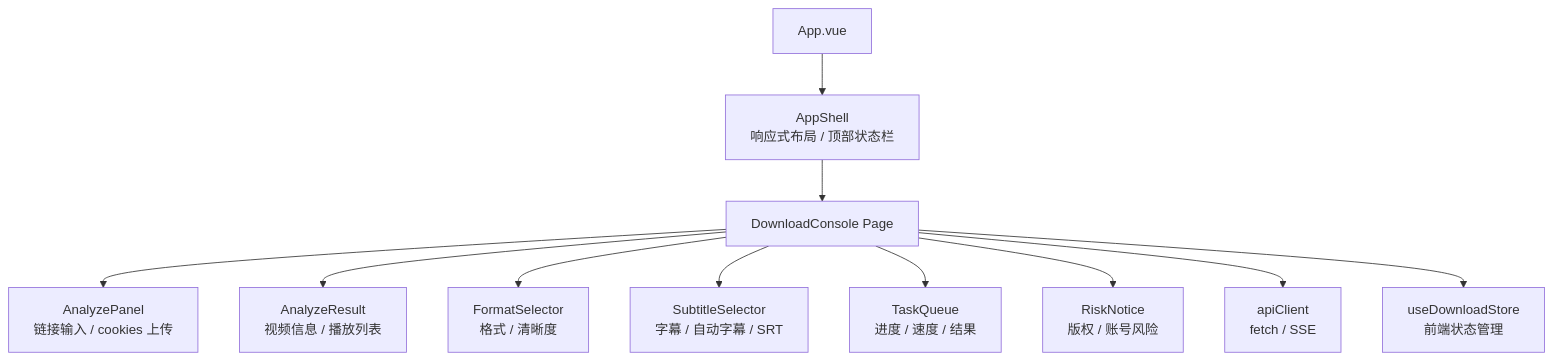
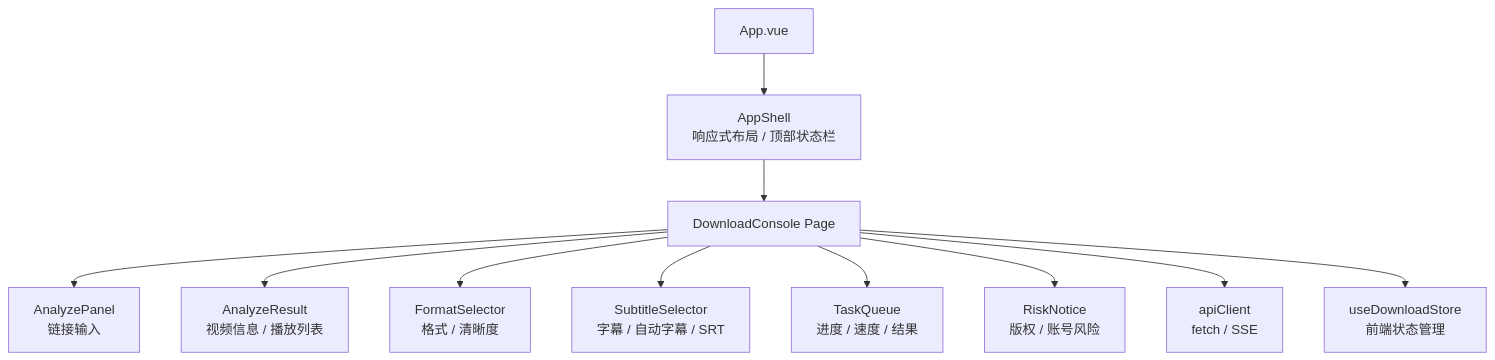
One commit to Suxingyu111/free-video-downloader changed the diagram in docs/diagrams/frontend-modules.md. Above: the diagram before and after it, drawn with Mermaid. The commit also changed other lines of this file and 19 other files, not shown here.

````diff
--- a/docs/diagrams/frontend-modules.md
+++ b/docs/diagrams/frontend-modules.md
@@ -3,15 +3,15 @@
 ```mermaid
 flowchart TB
   App["App.vue"] --> Shell["AppShell<br/>响应式布局 / 顶部状态栏"]
   Shell --> Page["DownloadConsole Page"]
 
-  Page --> Analyze["AnalyzePanel<br/>链接输入 / cookies 上传"]
+  Page --> Analyze["AnalyzePanel<br/>链接输入"]
   Page --> Results["AnalyzeResult<br/>视频信息 / 播放列表"]
   Page --> Format["FormatSelector<br/>格式 / 清晰度"]
   Page --> Subtitle["SubtitleSelector<br/>字幕 / 自动字幕 / SRT"]
   Page --> Queue["TaskQueue<br/>进度 / 速度 / 结果"]
   Page --> Risk["RiskNotice<br/>版权 / 账号风险"]
 
   Page --> Client["apiClient<br/>fetch / SSE"]
   Page --> Store["useDownloadStore<br/>前端状态管理"]
 ```
````
